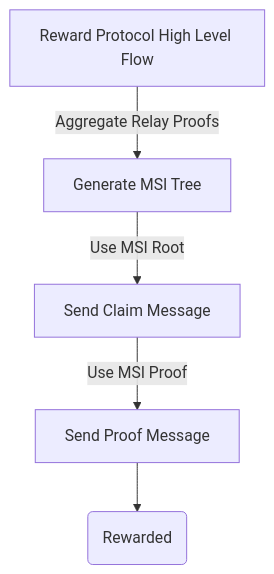
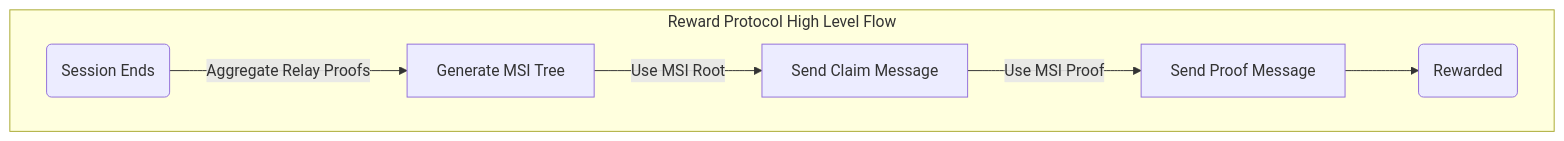
The first of 3 diagrams in doc/specs/reward_protocol.md (pokt-network/pocket-core), drawn with Mermaid before and after one commit. The commit also changed other lines of this file, not shown here.

````diff
--- a/doc/specs/reward_protocol.md
+++ b/doc/specs/reward_protocol.md
@@ -20,11 +23,9 @@
 ```mermaid
-graph  TD
-
-A[Reward Protocol High Level Flow]-->|Aggregate Relay Proofs|B
-
-B[Generate MSI Tree]-->|Use MSI Root|C
-
-C[Send Claim Message]-->|Use MSI Proof|D
-
-D[Send Proof Message]-->E(Rewarded)
+graph TD
+    subgraph "Reward Protocol High Level Flow"
+        A(Session Ends) --> |Aggregate Relay Proofs|B
+        B[Generate MSI Tree] --> |Use MSI Root|C
+        C[Send Claim Message] --> |Use MSI Proof|D
+        D[Send Proof Message] --> E(Rewarded)
+    end
 ```
````
